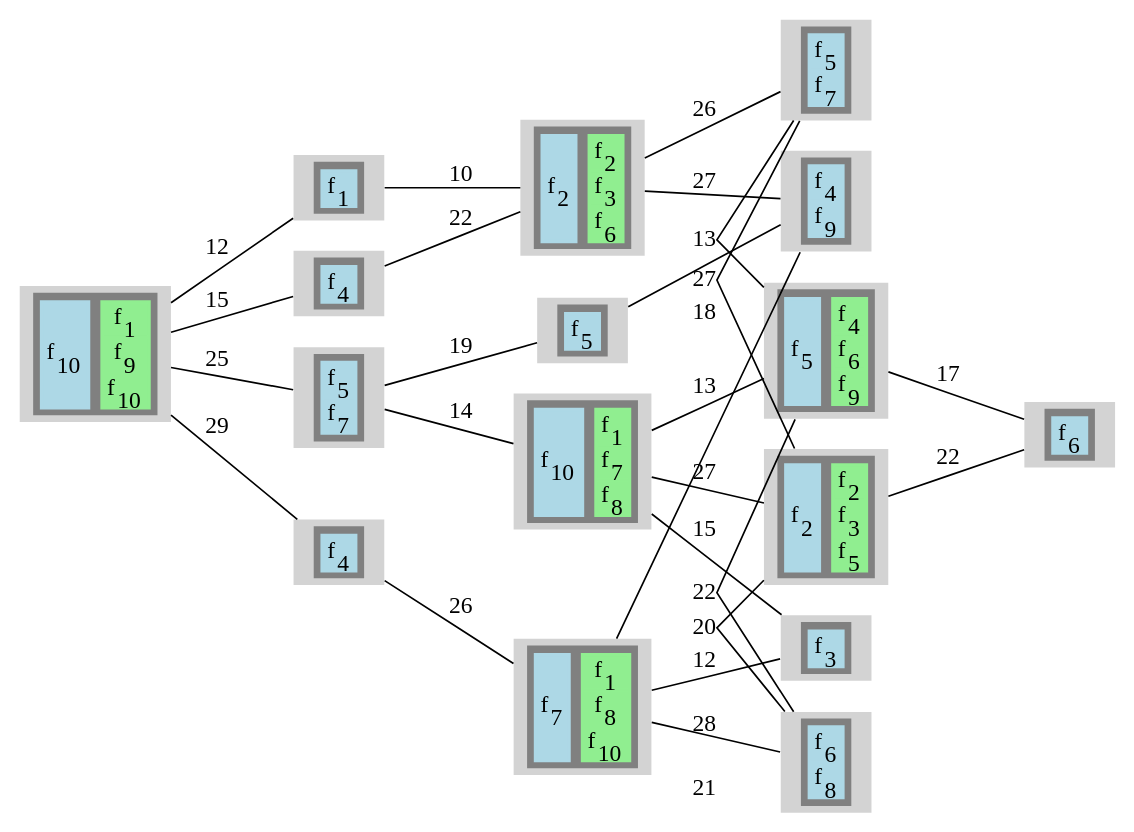
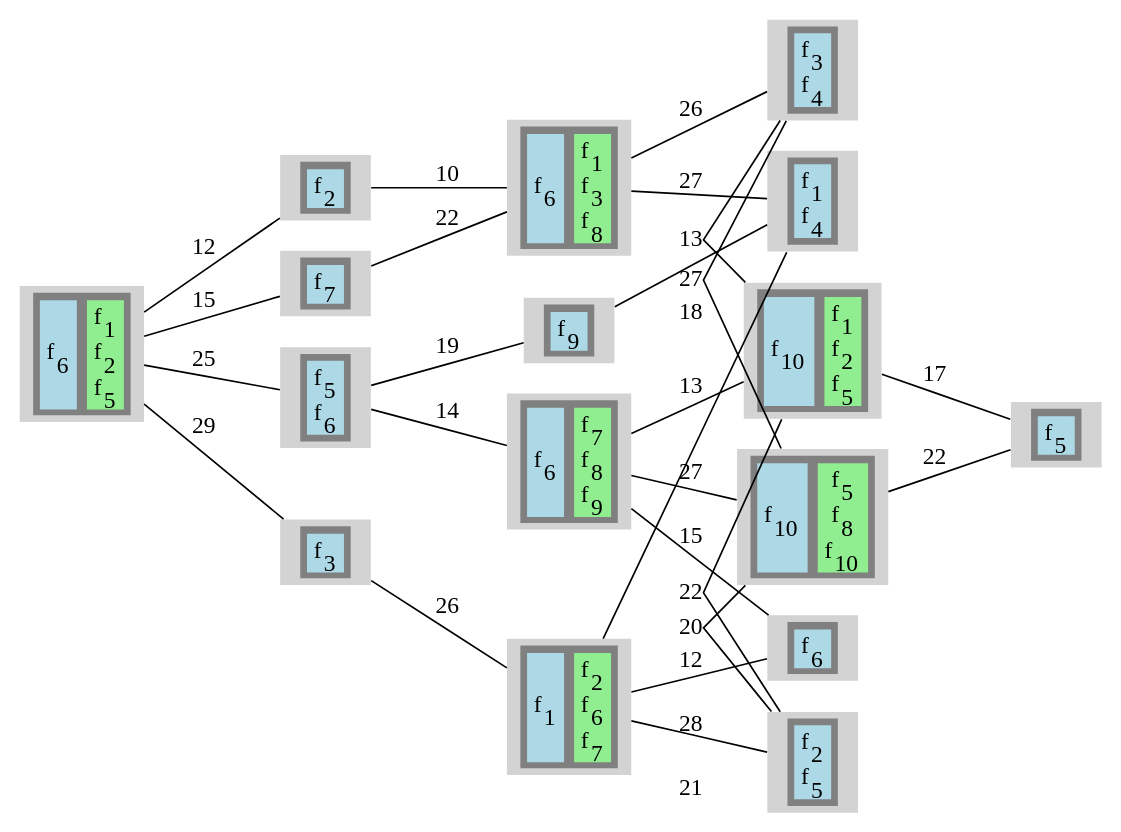
One commit to prateekshyap/SFC_Placement_in_VNF changed the diagram in output/sevenReliabilityOne/gv/graphPrint.gv. Above: the diagram before and after it, drawn with Graphviz. The commit also changed 12 other files, not shown here.

```diff
--- a/output/sevenReliabilityOne/gv/graphPrint.gv
+++ b/output/sevenReliabilityOne/gv/graphPrint.gv
@@ -14,14 +14,14 @@
 <TR>
 <TD>
 <TABLE BORDER="0" BGCOLOR="lightblue">
-<TR><TD PORT="f37" BGCOLOR="lightblue">f<SUB>10</SUB></TD></TR>
+<TR><TD PORT="f23" BGCOLOR="lightblue">f<SUB>6</SUB></TD></TR>
 </TABLE>
 </TD>
 <TD>
 <TABLE BORDER="0" BGCOLOR="lightgreen">
-<TR><TD PORT="f3" BGCOLOR="lightgreen">f<SUB>1</SUB></TD></TR>
-<TR><TD PORT="f33" BGCOLOR="lightgreen">f<SUB>9</SUB></TD></TR>
-<TR><TD PORT="f38" BGCOLOR="lightgreen">f<SUB>10</SUB></TD></TR>
+<TR><TD PORT="f5" BGCOLOR="lightgreen">f<SUB>1</SUB></TD></TR>
+<TR><TD PORT="f6" BGCOLOR="lightgreen">f<SUB>2</SUB></TD></TR>
+<TR><TD PORT="f21" BGCOLOR="lightgreen">f<SUB>5</SUB></TD></TR>
 </TABLE>
 </TD>
 </TR>
@@ -33,7 +33,7 @@
 <TR>
 <TD>
 <TABLE BORDER="0" BGCOLOR="lightblue">
-<TR><TD PORT="f2" BGCOLOR="lightblue">f<SUB>1</SUB></TD></TR>
+<TR><TD PORT="f10" BGCOLOR="lightblue">f<SUB>2</SUB></TD></TR>
 </TABLE>
 </TD>
 </TR>
@@ -45,7 +45,7 @@
 <TR>
 <TD>
 <TABLE BORDER="0" BGCOLOR="lightblue">
-<TR><TD PORT="f12" BGCOLOR="lightblue">f<SUB>4</SUB></TD></TR>
+<TR><TD PORT="f13" BGCOLOR="lightblue">f<SUB>3</SUB></TD></TR>
 </TABLE>
 </TD>
 </TR>
@@ -57,8 +57,8 @@
 <TR>
 <TD>
 <TABLE BORDER="0" BGCOLOR="lightblue">
-<TR><TD PORT="f18" BGCOLOR="lightblue">f<SUB>5</SUB></TD></TR>
-<TR><TD PORT="f28" BGCOLOR="lightblue">f<SUB>7</SUB></TD></TR>
+<TR><TD PORT="f16" BGCOLOR="lightblue">f<SUB>5</SUB></TD></TR>
+<TR><TD PORT="f26" BGCOLOR="lightblue">f<SUB>6</SUB></TD></TR>
 </TABLE>
 </TD>
 </TR>
@@ -70,7 +70,7 @@
 <TR>
 <TD>
 <TABLE BORDER="0" BGCOLOR="lightblue">
-<TR><TD PORT="f13" BGCOLOR="lightblue">f<SUB>4</SUB></TD></TR>
+<TR><TD PORT="f28" BGCOLOR="lightblue">f<SUB>7</SUB></TD></TR>
 </TABLE>
 </TD>
 </TR>
@@ -82,14 +82,14 @@
 <TR>
 <TD>
 <TABLE BORDER="0" BGCOLOR="lightblue">
-<TR><TD PORT="f6" BGCOLOR="lightblue">f<SUB>2</SUB></TD></TR>
+<TR><TD PORT="f22" BGCOLOR="lightblue">f<SUB>6</SUB></TD></TR>
 </TABLE>
 </TD>
 <TD>
 <TABLE BORDER="0" BGCOLOR="lightgreen">
-<TR><TD PORT="f7" BGCOLOR="lightgreen">f<SUB>2</SUB></TD></TR>
-<TR><TD PORT="f10" BGCOLOR="lightgreen">f<SUB>3</SUB></TD></TR>
-<TR><TD PORT="f22" BGCOLOR="lightgreen">f<SUB>6</SUB></TD></TR>
+<TR><TD PORT="f1" BGCOLOR="lightgreen">f<SUB>1</SUB></TD></TR>
+<TR><TD PORT="f11" BGCOLOR="lightgreen">f<SUB>3</SUB></TD></TR>
+<TR><TD PORT="f31" BGCOLOR="lightgreen">f<SUB>8</SUB></TD></TR>
 </TABLE>
 </TD>
 </TR>
@@ -101,14 +101,14 @@
 <TR>
 <TD>
 <TABLE BORDER="0" BGCOLOR="lightblue">
-<TR><TD PORT="f26" BGCOLOR="lightblue">f<SUB>7</SUB></TD></TR>
+<TR><TD PORT="f2" BGCOLOR="lightblue">f<SUB>1</SUB></TD></TR>
 </TABLE>
 </TD>
 <TD>
 <TABLE BORDER="0" BGCOLOR="lightgreen">
-<TR><TD PORT="f4" BGCOLOR="lightgreen">f<SUB>1</SUB></TD></TR>
-<TR><TD PORT="f30" BGCOLOR="lightgreen">f<SUB>8</SUB></TD></TR>
-<TR><TD PORT="f36" BGCOLOR="lightgreen">f<SUB>10</SUB></TD></TR>
+<TR><TD PORT="f9" BGCOLOR="lightgreen">f<SUB>2</SUB></TD></TR>
+<TR><TD PORT="f27" BGCOLOR="lightgreen">f<SUB>6</SUB></TD></TR>
+<TR><TD PORT="f29" BGCOLOR="lightgreen">f<SUB>7</SUB></TD></TR>
 </TABLE>
 </TD>
 </TR>
@@ -120,7 +120,7 @@
 <TR>
 <TD>
 <TABLE BORDER="0" BGCOLOR="lightblue">
-<TR><TD PORT="f19" BGCOLOR="lightblue">f<SUB>5</SUB></TD></TR>
+<TR><TD PORT="f35" BGCOLOR="lightblue">f<SUB>9</SUB></TD></TR>
 </TABLE>
 </TD>
 </TR>
@@ -132,14 +132,14 @@
 <TR>
 <TD>
 <TABLE BORDER="0" BGCOLOR="lightblue">
-<TR><TD PORT="f35" BGCOLOR="lightblue">f<SUB>10</SUB></TD></TR>
+<TR><TD PORT="f24" BGCOLOR="lightblue">f<SUB>6</SUB></TD></TR>
 </TABLE>
 </TD>
 <TD>
 <TABLE BORDER="0" BGCOLOR="lightgreen">
-<TR><TD PORT="f1" BGCOLOR="lightgreen">f<SUB>1</SUB></TD></TR>
-<TR><TD PORT="f25" BGCOLOR="lightgreen">f<SUB>7</SUB></TD></TR>
-<TR><TD PORT="f29" BGCOLOR="lightgreen">f<SUB>8</SUB></TD></TR>
+<TR><TD PORT="f30" BGCOLOR="lightgreen">f<SUB>7</SUB></TD></TR>
+<TR><TD PORT="f33" BGCOLOR="lightgreen">f<SUB>8</SUB></TD></TR>
+<TR><TD PORT="f34" BGCOLOR="lightgreen">f<SUB>9</SUB></TD></TR>
 </TABLE>
 </TD>
 </TR>
@@ -151,8 +151,8 @@
 <TR>
 <TD>
 <TABLE BORDER="0" BGCOLOR="lightblue">
-<TR><TD PORT="f14" BGCOLOR="lightblue">f<SUB>4</SUB></TD></TR>
-<TR><TD PORT="f34" BGCOLOR="lightblue">f<SUB>9</SUB></TD></TR>
+<TR><TD PORT="f4" BGCOLOR="lightblue">f<SUB>1</SUB></TD></TR>
+<TR><TD PORT="f15" BGCOLOR="lightblue">f<SUB>4</SUB></TD></TR>
 </TABLE>
 </TD>
 </TR>
@@ -164,8 +164,8 @@
 <TR>
 <TD>
 <TABLE BORDER="0" BGCOLOR="lightblue">
-<TR><TD PORT="f17" BGCOLOR="lightblue">f<SUB>5</SUB></TD></TR>
-<TR><TD PORT="f27" BGCOLOR="lightblue">f<SUB>7</SUB></TD></TR>
+<TR><TD PORT="f12" BGCOLOR="lightblue">f<SUB>3</SUB></TD></TR>
+<TR><TD PORT="f14" BGCOLOR="lightblue">f<SUB>4</SUB></TD></TR>
 </TABLE>
 </TD>
 </TR>
@@ -177,7 +177,7 @@
 <TR>
 <TD>
 <TABLE BORDER="0" BGCOLOR="lightblue">
-<TR><TD PORT="f9" BGCOLOR="lightblue">f<SUB>3</SUB></TD></TR>
+<TR><TD PORT="f25" BGCOLOR="lightblue">f<SUB>6</SUB></TD></TR>
 </TABLE>
 </TD>
 </TR>
@@ -189,8 +189,8 @@
 <TR>
 <TD>
 <TABLE BORDER="0" BGCOLOR="lightblue">
-<TR><TD PORT="f21" BGCOLOR="lightblue">f<SUB>6</SUB></TD></TR>
-<TR><TD PORT="f31" BGCOLOR="lightblue">f<SUB>8</SUB></TD></TR>
+<TR><TD PORT="f7" BGCOLOR="lightblue">f<SUB>2</SUB></TD></TR>
+<TR><TD PORT="f17" BGCOLOR="lightblue">f<SUB>5</SUB></TD></TR>
 </TABLE>
 </TD>
 </TR>
@@ -202,14 +202,14 @@
 <TR>
 <TD>
 <TABLE BORDER="0" BGCOLOR="lightblue">
-<TR><TD PORT="f16" BGCOLOR="lightblue">f<SUB>5</SUB></TD></TR>
+<TR><TD PORT="f38" BGCOLOR="lightblue">f<SUB>10</SUB></TD></TR>
 </TABLE>
 </TD>
 <TD>
 <TABLE BORDER="0" BGCOLOR="lightgreen">
-<TR><TD PORT="f15" BGCOLOR="lightgreen">f<SUB>4</SUB></TD></TR>
-<TR><TD PORT="f23" BGCOLOR="lightgreen">f<SUB>6</SUB></TD></TR>
-<TR><TD PORT="f32" BGCOLOR="lightgreen">f<SUB>9</SUB></TD></TR>
+<TR><TD PORT="f3" BGCOLOR="lightgreen">f<SUB>1</SUB></TD></TR>
+<TR><TD PORT="f8" BGCOLOR="lightgreen">f<SUB>2</SUB></TD></TR>
+<TR><TD PORT="f20" BGCOLOR="lightgreen">f<SUB>5</SUB></TD></TR>
 </TABLE>
 </TD>
 </TR>
@@ -221,14 +221,14 @@
 <TR>
 <TD>
 <TABLE BORDER="0" BGCOLOR="lightblue">
-<TR><TD PORT="f5" BGCOLOR="lightblue">f<SUB>2</SUB></TD></TR>
+<TR><TD PORT="f37" BGCOLOR="lightblue">f<SUB>10</SUB></TD></TR>
 </TABLE>
 </TD>
 <TD>
 <TABLE BORDER="0" BGCOLOR="lightgreen">
-<TR><TD PORT="f8" BGCOLOR="lightgreen">f<SUB>2</SUB></TD></TR>
-<TR><TD PORT="f11" BGCOLOR="lightgreen">f<SUB>3</SUB></TD></TR>
-<TR><TD PORT="f20" BGCOLOR="lightgreen">f<SUB>5</SUB></TD></TR>
+<TR><TD PORT="f19" BGCOLOR="lightgreen">f<SUB>5</SUB></TD></TR>
+<TR><TD PORT="f32" BGCOLOR="lightgreen">f<SUB>8</SUB></TD></TR>
+<TR><TD PORT="f36" BGCOLOR="lightgreen">f<SUB>10</SUB></TD></TR>
 </TABLE>
 </TD>
 </TR>
@@ -240,7 +240,7 @@
 <TR>
 <TD>
 <TABLE BORDER="0" BGCOLOR="lightblue">
-<TR><TD PORT="f24" BGCOLOR="lightblue">f<SUB>6</SUB></TD></TR>
+<TR><TD PORT="f18" BGCOLOR="lightblue">f<SUB>5</SUB></TD></TR>
 </TABLE>
 </TD>
 </TR>
```
